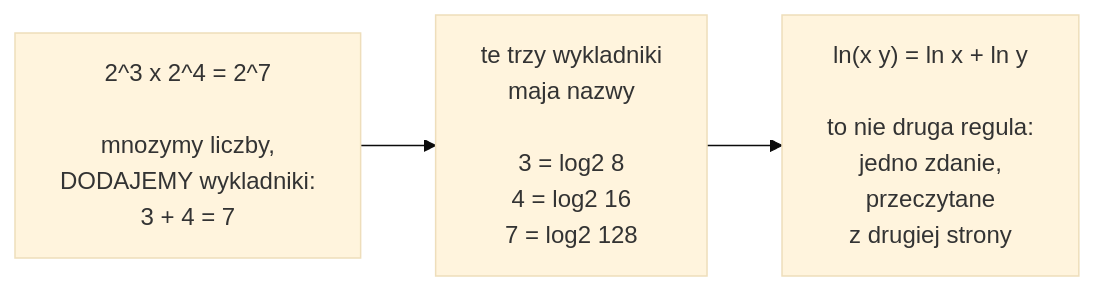
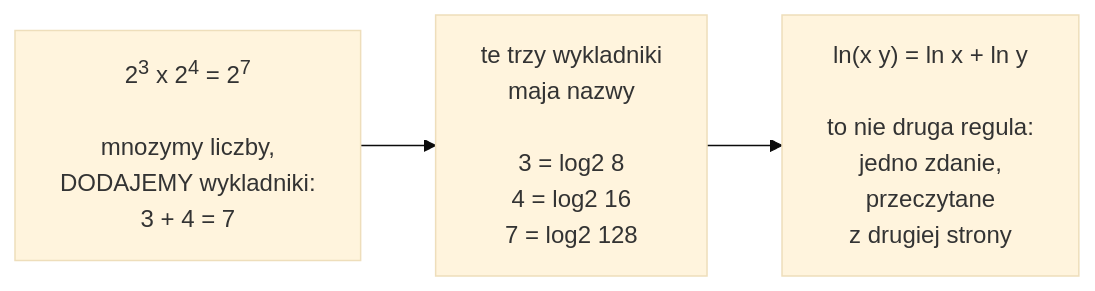
Before and after one commit to konradcinkusz/math-for-ai-engineers: the diagram in figures/mermaid/pl/f03-log-mirror.mmd, drawn with Mermaid (base theme). The commit also changed 24 other files, not shown here.

```diff
--- a/figures/mermaid/pl/f03-log-mirror.mmd
+++ b/figures/mermaid/pl/f03-log-mirror.mmd
@@ -1,4 +1,4 @@
 flowchart LR
-  A["2^3 x 2^4 = 2^7<br/><br/>mnozymy liczby,<br/>DODAJEMY wykladniki:<br/>3 + 4 = 7"]
+  A["2<sup>3</sup> x 2<sup>4</sup> = 2<sup>7</sup><br/><br/>mnozymy liczby,<br/>DODAJEMY wykladniki:<br/>3 + 4 = 7"]
   A --> B["te trzy wykladniki<br/>maja nazwy<br/><br/>3 = log2 8<br/>4 = log2 16<br/>7 = log2 128"]
   B --> C["ln(x y) = ln x + ln y<br/><br/>to nie druga regula:<br/>jedno zdanie,<br/>przeczytane<br/>z drugiej strony"]
```
